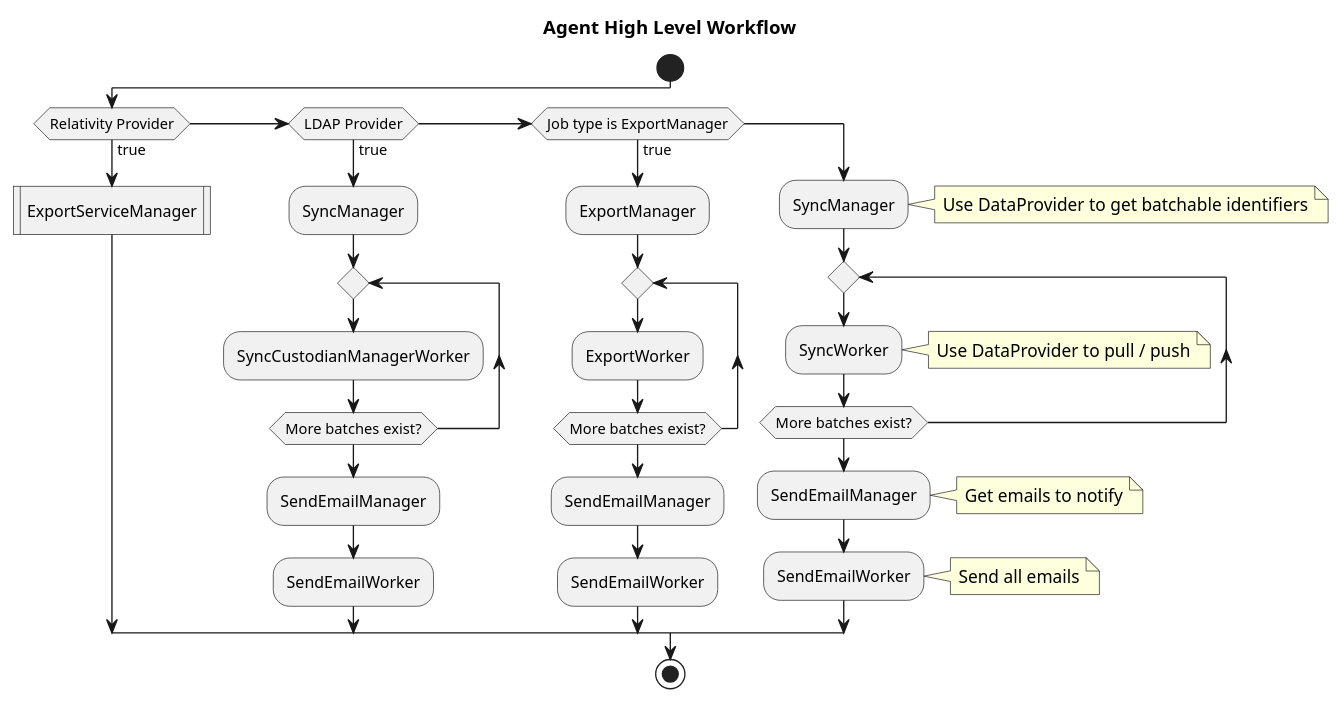
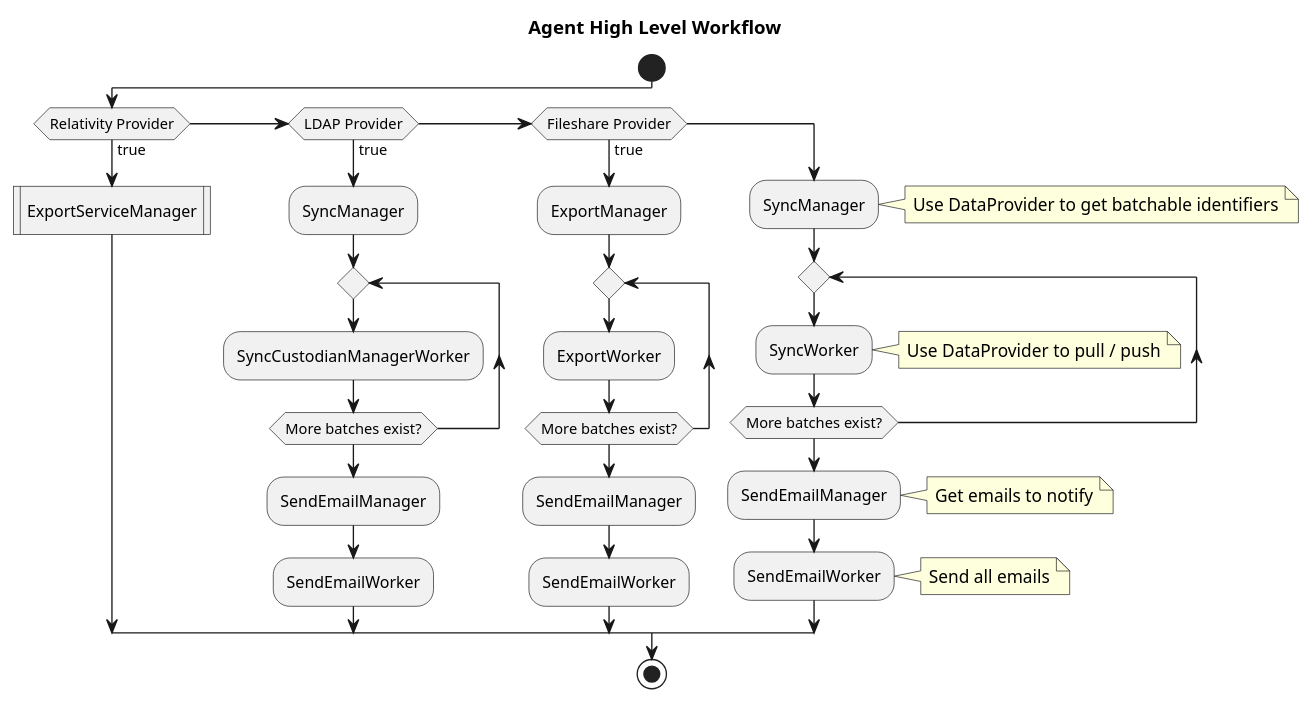
Before and after one commit to relativityone/server-integrationpoints-integrationpoints: the diagram in documentation/AgentHighLevelWorkflow.pu, drawn with PlantUML.

Commit message:
Updated condition for the Fileshare provider.

```diff
--- a/documentation/AgentHighLevelWorkflow.pu
+++ b/documentation/AgentHighLevelWorkflow.pu
@@ -1,38 +1,38 @@
 @startuml
 
 title Agent High Level Workflow
 
 start
 
 if (Relativity Provider) then (true)
 	:ExportServiceManager|
 else if (LDAP Provider) then (true)
 	:SyncManager;
 	repeat
 		:SyncCustodianManagerWorker;
 	repeat while (More batches exist?)
 	:SendEmailManager;
 	:SendEmailWorker;
-else if (Job type is ExportManager) then (true)
+else if (Fileshare Provider) then (true)
 	:ExportManager;
      repeat 
      	:ExportWorker;
      repeat while (More batches exist?)
      :SendEmailManager;
      :SendEmailWorker;
 else
 	:SyncManager;
 	note right: Use DataProvider to get batchable identifiers
 	repeat 
 		:SyncWorker;
 		note right: Use DataProvider to pull / push
 	repeat while (More batches exist?)
 	:SendEmailManager;
 	note right: Get emails to notify
 	:SendEmailWorker;
 	note right: Send all emails
 	endif
 
 stop
 
 @enduml
```
